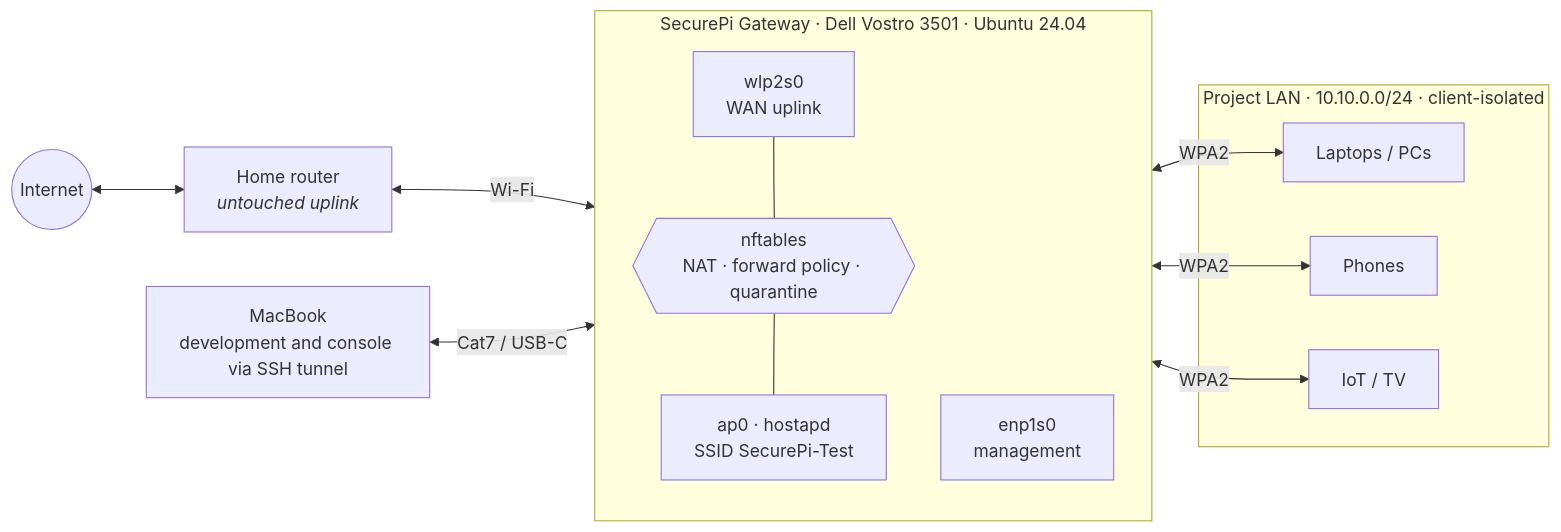
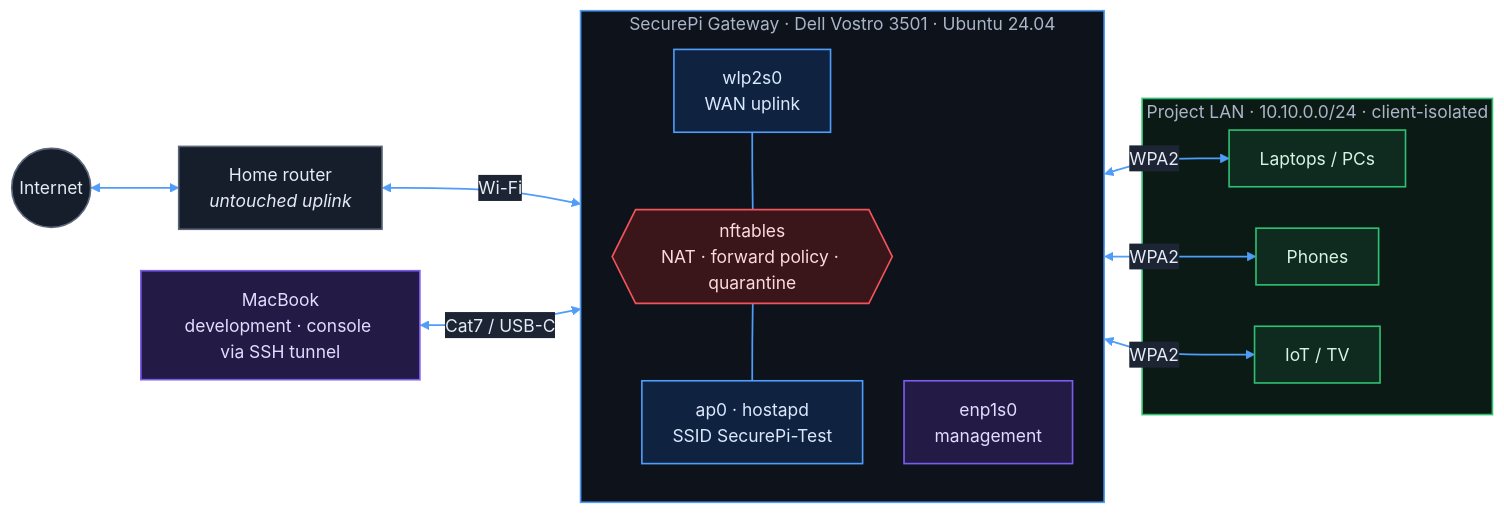
One commit to MaheshwariKushagra/securepi-gateway changed the first of 7 diagrams in README.md. Above: the diagram before and after it, drawn with Mermaid. The commit also changed other lines of this file, not shown here.

First line of the commit message:
Colour the README's Mermaid diagrams with the console palette

````diff
--- a/README.md
+++ b/README.md
@@ -152,26 +154,42 @@
 ```mermaid
+%%{init: {'theme':'base','themeVariables':{'primaryColor':'#161d2b','primaryTextColor':'#e6ecf5','primaryBorderColor':'#2e3a50','secondaryColor':'#111722','tertiaryColor':'#0d121b','lineColor':'#4f9cf9','clusterBkg':'#0d121b','clusterBorder':'#2e3a50','titleColor':'#aab6c8','edgeLabelBackground':'#1d2534','textColor':'#8d99ad'},'flowchart':{'curve':'basis','padding':14,'nodeSpacing':38,'rankSpacing':46}}}%%
 flowchart LR
     Internet(("Internet"))
     Router["Home router<br/><i>untouched uplink</i>"]
 
     subgraph GW["SecurePi Gateway · Dell Vostro 3501 · Ubuntu 24.04"]
         direction TB
         WAN["wlp2s0<br/>WAN uplink"]
         FW{{"nftables<br/>NAT · forward policy · quarantine"}}
         LAN["ap0 · hostapd<br/>SSID SecurePi-Test"]
         MGMT["enp1s0<br/>management"]
         WAN --- FW --- LAN
     end
 
     subgraph NET["Project LAN · 10.10.0.0/24 · client-isolated"]
         D1["Laptops / PCs"]
         D2["Phones"]
         D3["IoT / TV"]
     end
 
-    Mac["MacBook<br/>development and console via SSH tunnel"]
+    Mac["MacBook<br/>development · console via SSH tunnel"]
 
     Internet <--> Router <-->|"Wi-Fi"| WAN
     LAN <-->|"WPA2"| D1 & D2 & D3
     Mac <-->|"Cat7 / USB-C"| MGMT
+
+    classDef ext fill:#161d2b,stroke:#5a6679,stroke-width:1.5px,color:#e6ecf5
+    classDef sensor fill:#0f2a1f,stroke:#2fbf71,stroke-width:1.5px,color:#d5f5e3
+    classDef pipe fill:#0f2240,stroke:#4f9cf9,stroke-width:1.5px,color:#dbe9ff
+    classDef store fill:#231b45,stroke:#7b5cf0,stroke-width:1.5px,color:#e4dcff
+    classDef detect fill:#2e2210,stroke:#f5a524,stroke-width:1.5px,color:#ffe9c2
+    classDef danger fill:#3a1519,stroke:#f2545b,stroke-width:1.5px,color:#ffd9db
+    class Internet,Router ext
+    class WAN,LAN pipe
+    class FW danger
+    class D1,D2,D3 sensor
+    class MGMT,Mac store
+    style GW fill:#0d121b,stroke:#4f9cf9,stroke-width:1.5px,color:#aab6c8
+    style NET fill:#0b1a14,stroke:#2fbf71,stroke-width:1.5px,color:#aab6c8
+    linkStyle default stroke:#4f9cf9,stroke-width:1.6px
 ```
````
